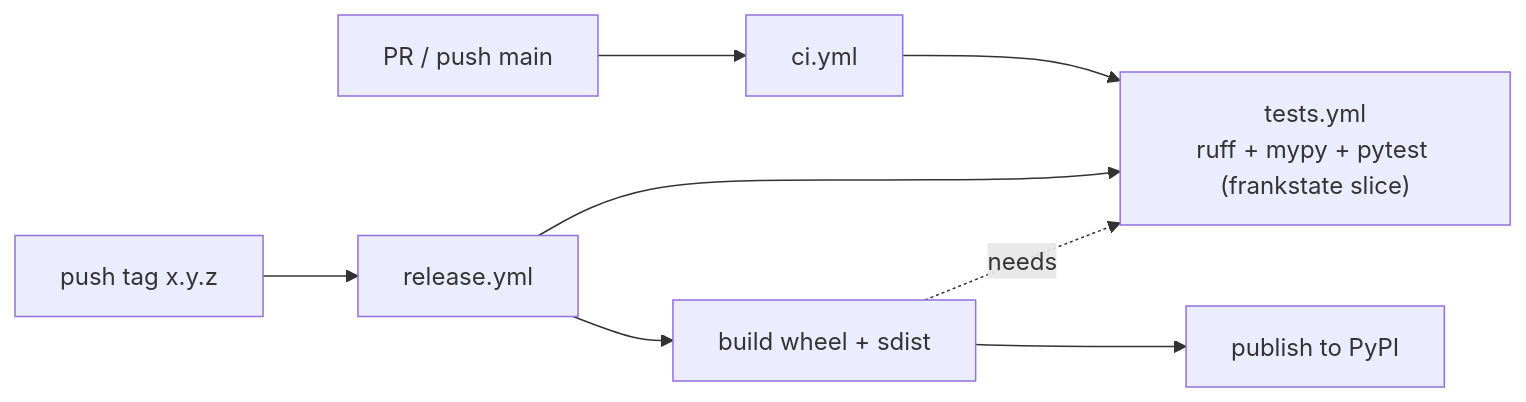
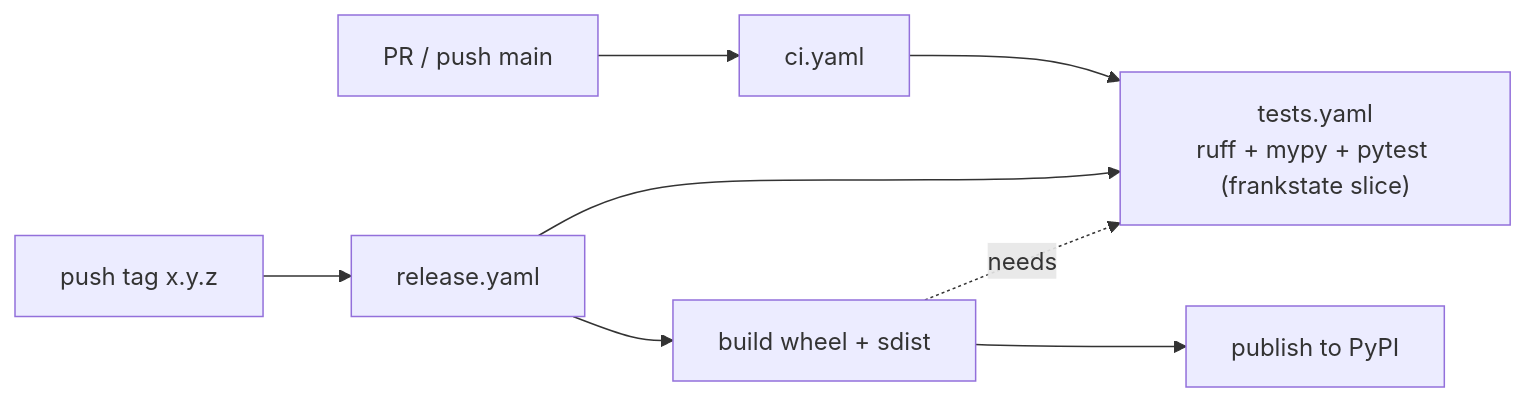
One commit to aamaragones/frankenst-ai changed the fourth of 4 diagrams in ARCHITECTURE.md. Above: the diagram before and after it, drawn with Mermaid. The commit also changed other lines of this file and 22 other files, not shown here.

Commit message:
change yml to standard yaml

````diff
--- a/ARCHITECTURE.md
+++ b/ARCHITECTURE.md
@@ -399,9 +399,9 @@
 ```mermaid
 flowchart LR
-    PR["PR / push main"] --> CI["ci.yml"]
-    TAG["push tag x.y.z"] --> REL["release.yml"]
-    CI --> T["tests.yml<br/>ruff + mypy + pytest (frankstate slice)"]
+    PR["PR / push main"] --> CI["ci.yaml"]
+    TAG["push tag x.y.z"] --> REL["release.yaml"]
+    CI --> T["tests.yaml<br/>ruff + mypy + pytest (frankstate slice)"]
     REL --> T
     REL --> B["build wheel + sdist"] --> P["publish to PyPI"]
     B -. needs .-> T
 ```
````
